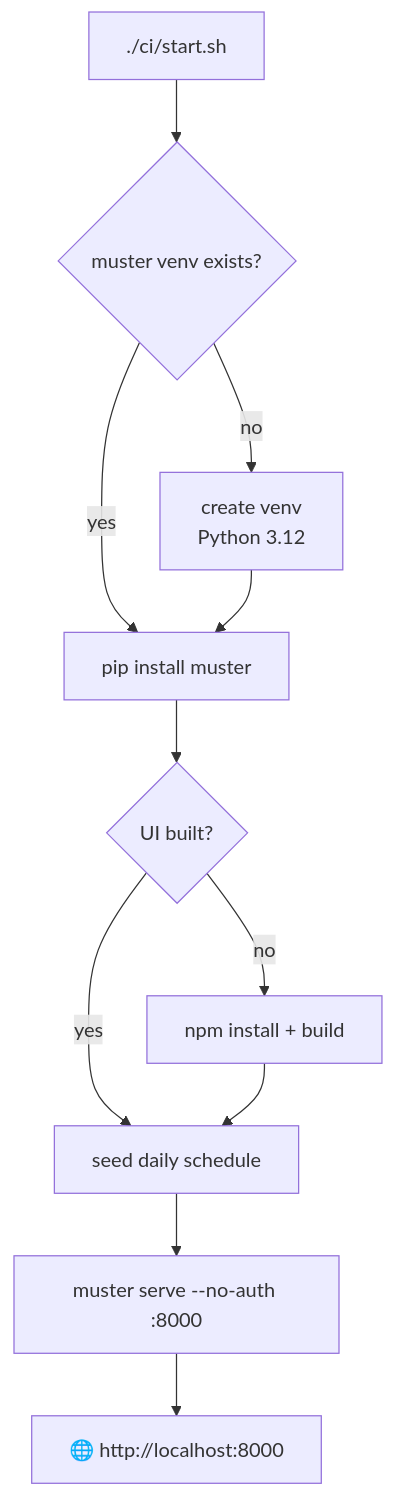
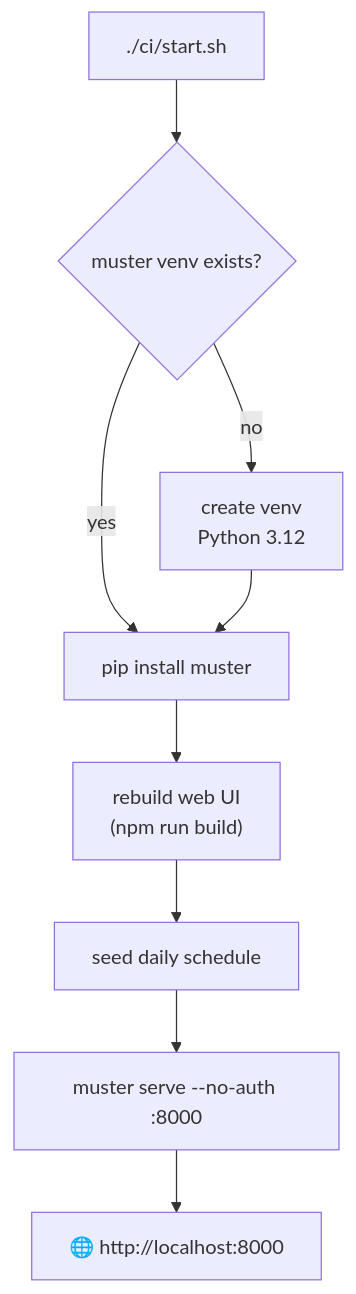
Before and after one commit to progovoy/vmn: the first of 2 diagrams in ci/README.md, drawn with Mermaid. The commit also changed other lines of this file and 3 other files, not shown here.

````diff
--- a/ci/README.md
+++ b/ci/README.md
@@ -18,13 +18,11 @@
 ```mermaid
 flowchart TD
     A["./ci/start.sh"] --> B{muster venv exists?}
     B -- no --> C["create venv<br/>Python 3.12"]
     B -- yes --> D["pip install muster"]
     C --> D
-    D --> E{UI built?}
-    E -- no --> F["npm install + build"]
-    E -- yes --> G["seed daily schedule"]
-    F --> G
+    D --> E["rebuild web UI<br/>(npm run build)"]
+    E --> G["seed daily schedule"]
     G --> H["muster serve --no-auth :8000"]
     H --> I["🌐 http://localhost:8000"]
 ```
````
